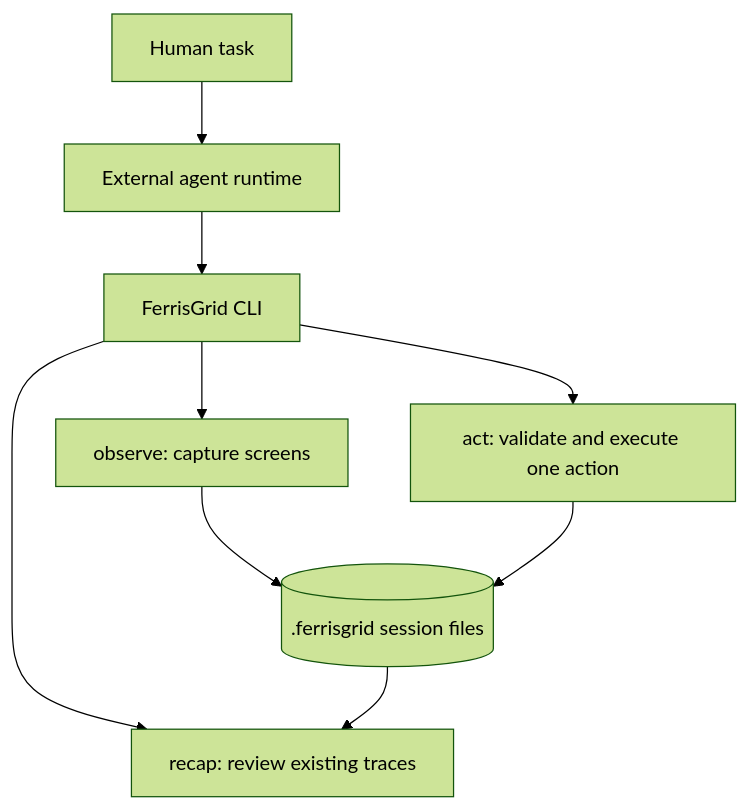
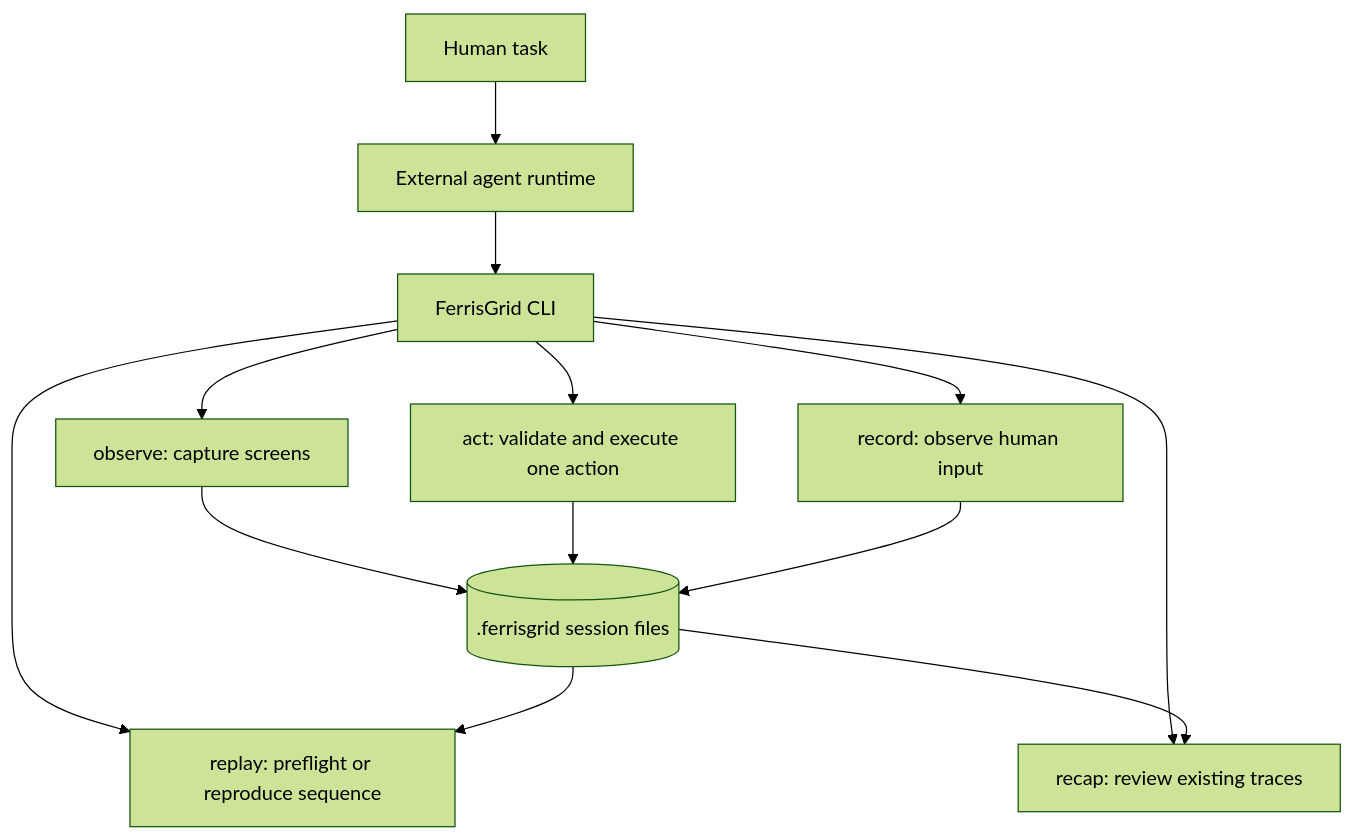
Before and after one commit to BrunoV21/FerrisGrid-CLI: the diagram in docs/official/concepts/architecture.md, drawn with Mermaid (forest theme). The commit also changed other lines of this file and 11 other files, not shown here.

````diff
--- a/docs/official/concepts/architecture.md
+++ b/docs/official/concepts/architecture.md
@@ -5,11 +6,15 @@
 ```mermaid
 flowchart TD
   human[Human task] --> agent[External agent runtime]
   agent --> ferris[FerrisGrid CLI]
   ferris --> observe[observe: capture screens]
   ferris --> act[act: validate and execute one action]
+  ferris --> record[record: observe human input]
+  ferris --> replay[replay: preflight or reproduce sequence]
   ferris --> recap[recap: review existing traces]
   observe --> session[(.ferrisgrid session files)]
   act --> session
+  record --> session
+  session --> replay
   session --> recap
 ```
````
